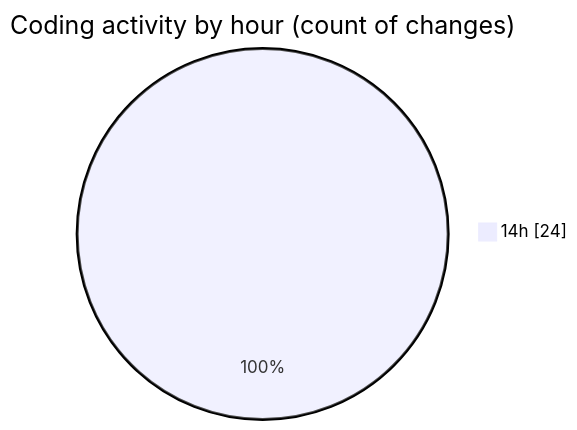
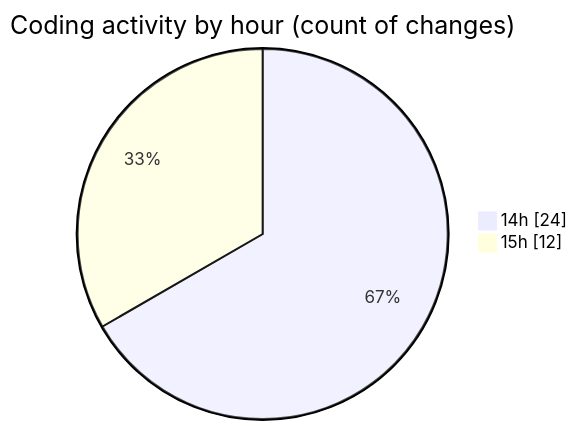
Before and after one commit to Elitesun/code-tracking: the second of 2 diagrams in 2025-04-22/indesign/README.md, drawn with Mermaid. The commit also changed other lines of this file and 1 other file, not shown here.

````diff
--- a/2025-04-22/indesign/README.md
+++ b/2025-04-22/indesign/README.md
@@ -34,5 +39,6 @@
 ```mermaid
 pie showData
 title Coding activity by hour (count of changes)
 "14h" : 24
+"15h" : 12
 ```
````
